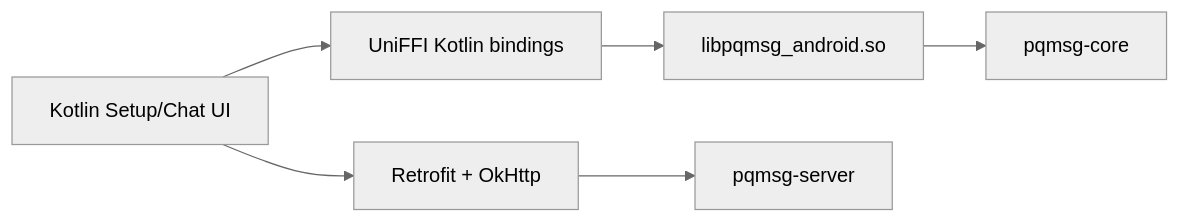
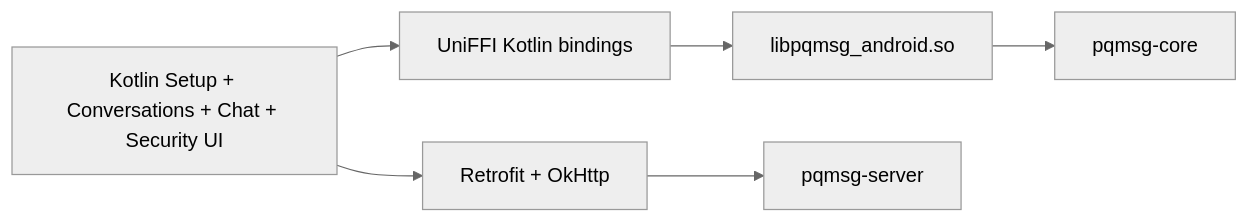
The first of 4 diagrams in docs/ANDROID.md (ErenAri/post-quantum-messaging-app), drawn with Mermaid (neutral theme) before and after one commit. The commit also changed other lines of this file and 71 other files, not shown here.

````diff
--- a/docs/ANDROID.md
+++ b/docs/ANDROID.md
@@ -9,8 +9,8 @@
 ```mermaid
 flowchart LR
-    UI[Kotlin Setup/Chat UI] --> NET[Retrofit + OkHttp]
+    UI[Kotlin Setup + Conversations + Chat + Security UI] --> NET[Retrofit + OkHttp]
     UI --> UNI[UniFFI Kotlin bindings]
     UNI --> SO[libpqmsg_android.so]
     SO --> CORE[pqmsg-core]
     NET --> SRV[pqmsg-server]
 ```
````
